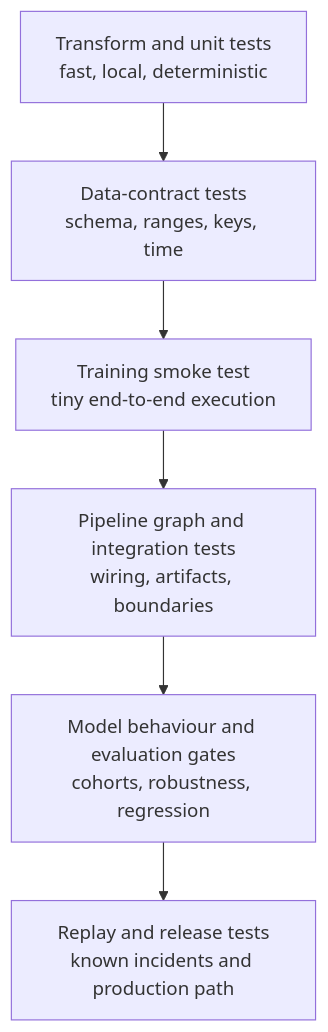
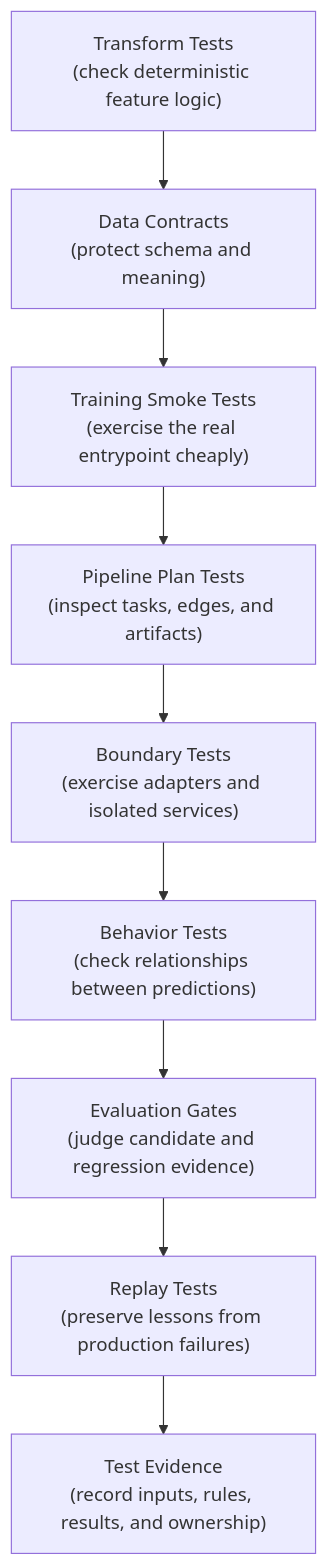
One commit to senlinyy/dev-roadmaps changed the first of 3 diagrams in roadmaps/mlops/modules/ml-testing-and-delivery/01-testing-ml-code-and-pipelines.md. Above: the diagram before and after it, drawn with Mermaid. The commit also changed other lines of this file and 152 other files, not shown here.

Commit message:
feat: mlops and diagrams updated

````diff
--- a/roadmaps/mlops/modules/ml-testing-and-delivery/01-testing-ml-code-and-pipelines.md
+++ b/roadmaps/mlops/modules/ml-testing-and-delivery/01-testing-ml-code-and-pipelines.md
@@ -47,8 +49,11 @@
 ```mermaid
-flowchart TB
-    U["Transform and unit tests\nfast, local, deterministic"] --> D["Data-contract tests\nschema, ranges, keys, time"]
-    D --> S["Training smoke test\ntiny end-to-end execution"]
-    S --> G["Pipeline graph and integration tests\nwiring, artifacts, boundaries"]
-    G --> E["Model behaviour and evaluation gates\ncohorts, robustness, regression"]
-    E --> R["Replay and release tests\nknown incidents and production path"]
+flowchart TD
+    A["Transform Tests<br/>(check deterministic feature logic)"] --> B["Data Contracts<br/>(protect schema and meaning)"]
+    B --> C["Training Smoke Tests<br/>(exercise the real entrypoint cheaply)"]
+    C --> D["Pipeline Plan Tests<br/>(inspect tasks, edges, and artifacts)"]
+    D --> E["Boundary Tests<br/>(exercise adapters and isolated services)"]
+    E --> F["Behavior Tests<br/>(check relationships between predictions)"]
+    F --> G["Evaluation Gates<br/>(judge candidate and regression evidence)"]
+    G --> H["Replay Tests<br/>(preserve lessons from production failures)"]
+    H --> I["Test Evidence<br/>(record inputs, rules, results, and ownership)"]
 ```
````
